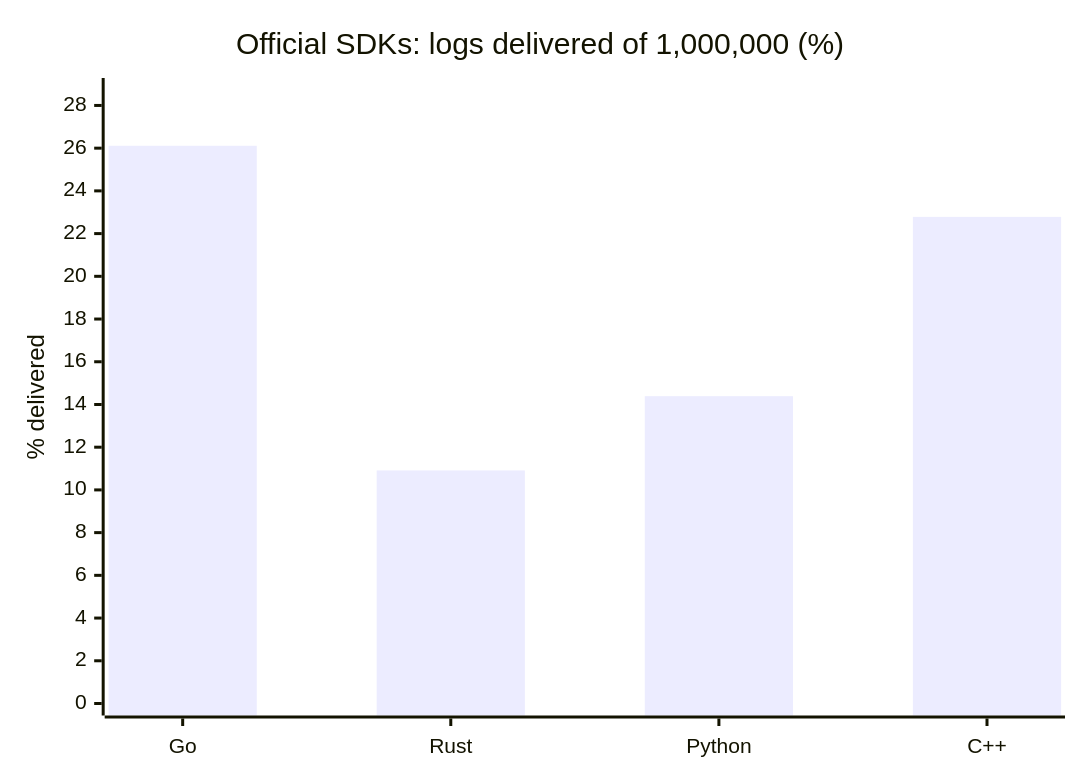
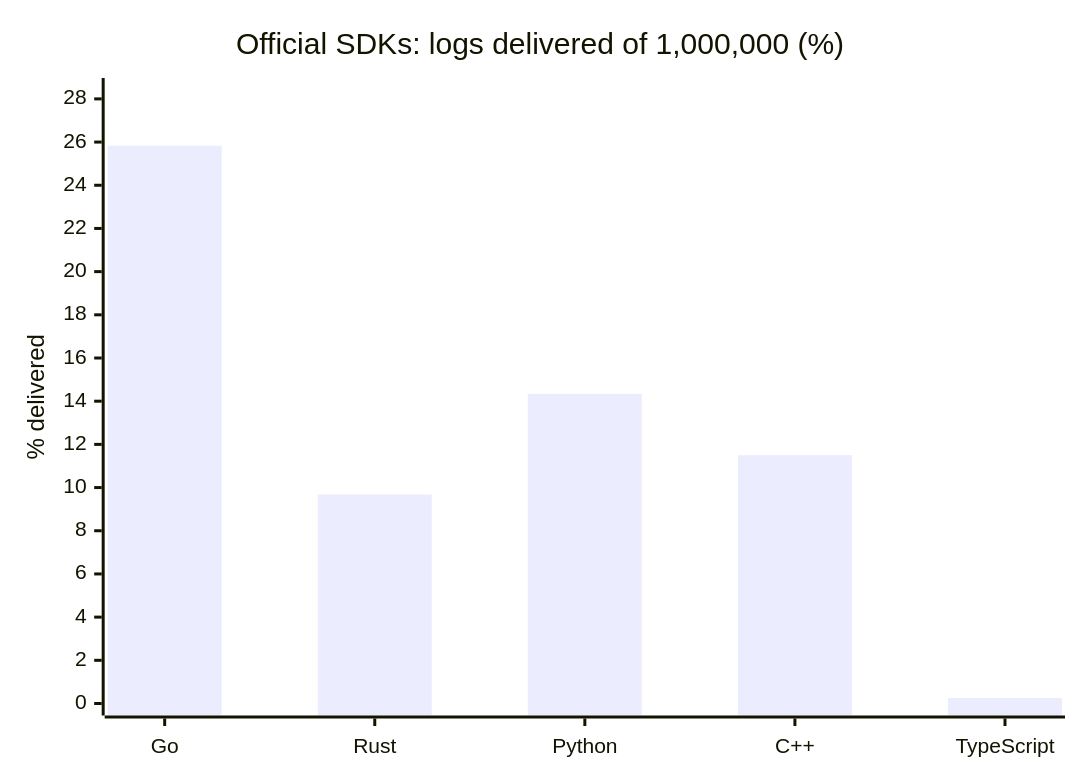
Before and after one commit to the-protobuf-project/telemetry: the first of 24 diagrams in docs/benchmark.md, drawn with Mermaid. The commit also changed other lines of this file and 4 other files, not shown here.

First line of the commit message:
TypeScript SDK benchmarks, and fix lint on main (#12)

````diff
--- a/docs/benchmark.md
+++ b/docs/benchmark.md
@@ -19,7 +19,7 @@
 ```mermaid
 xychart-beta
     title "Official SDKs: logs delivered of 1,000,000 (%)"
-    x-axis ["Go", "Rust", "Python", "C++"]
-    y-axis "% delivered" 0 --> 28.7232
-    bar [26.112, 10.9113, 14.3872, 22.784]
+    x-axis ["Go", "Rust", "Python", "C++", "TypeScript"]
+    y-axis "% delivered" 0 --> 28.4115
+    bar [25.8286, 9.6809, 14.3383, 11.5003, 0.256]
 ```
````
